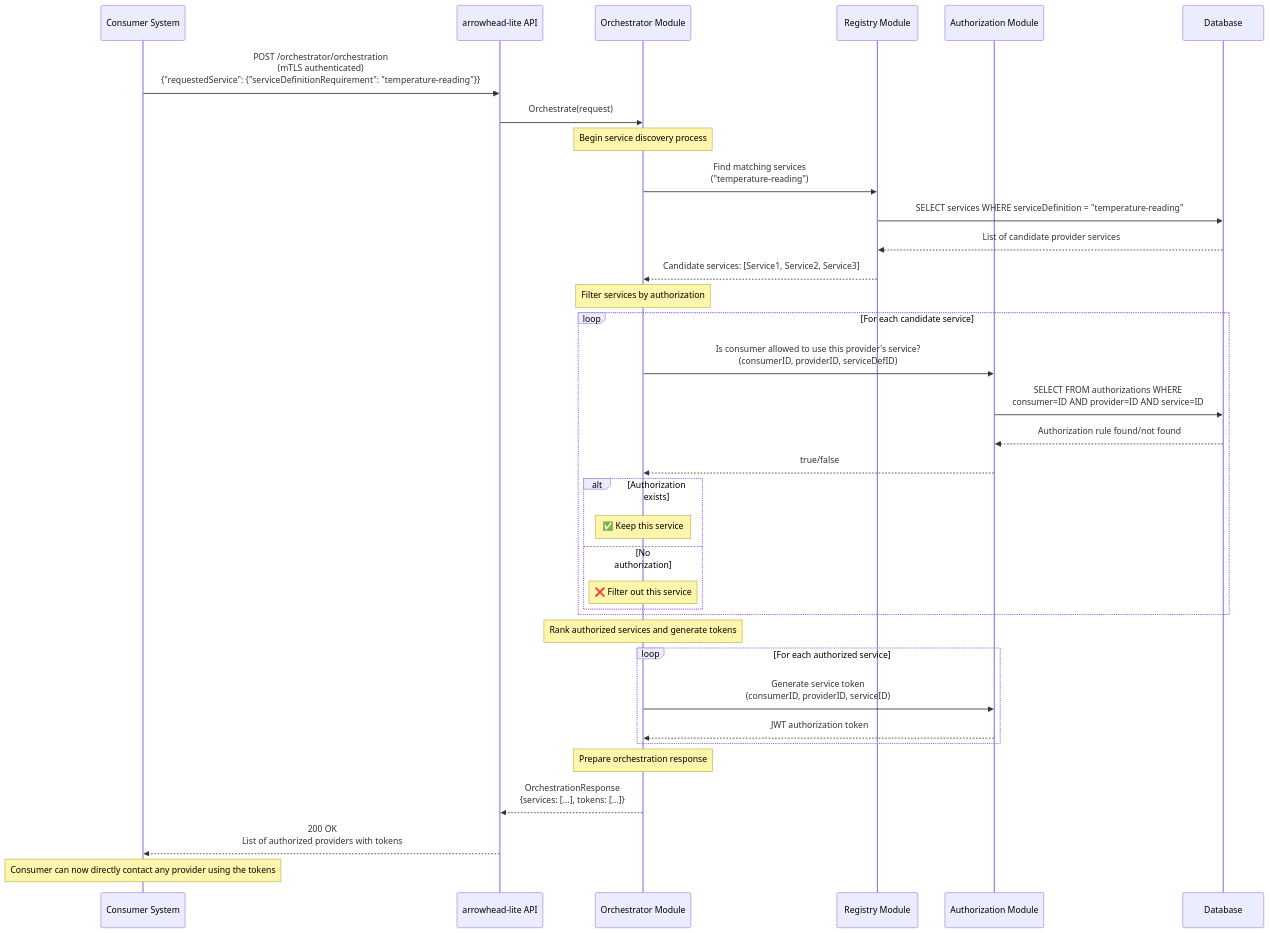
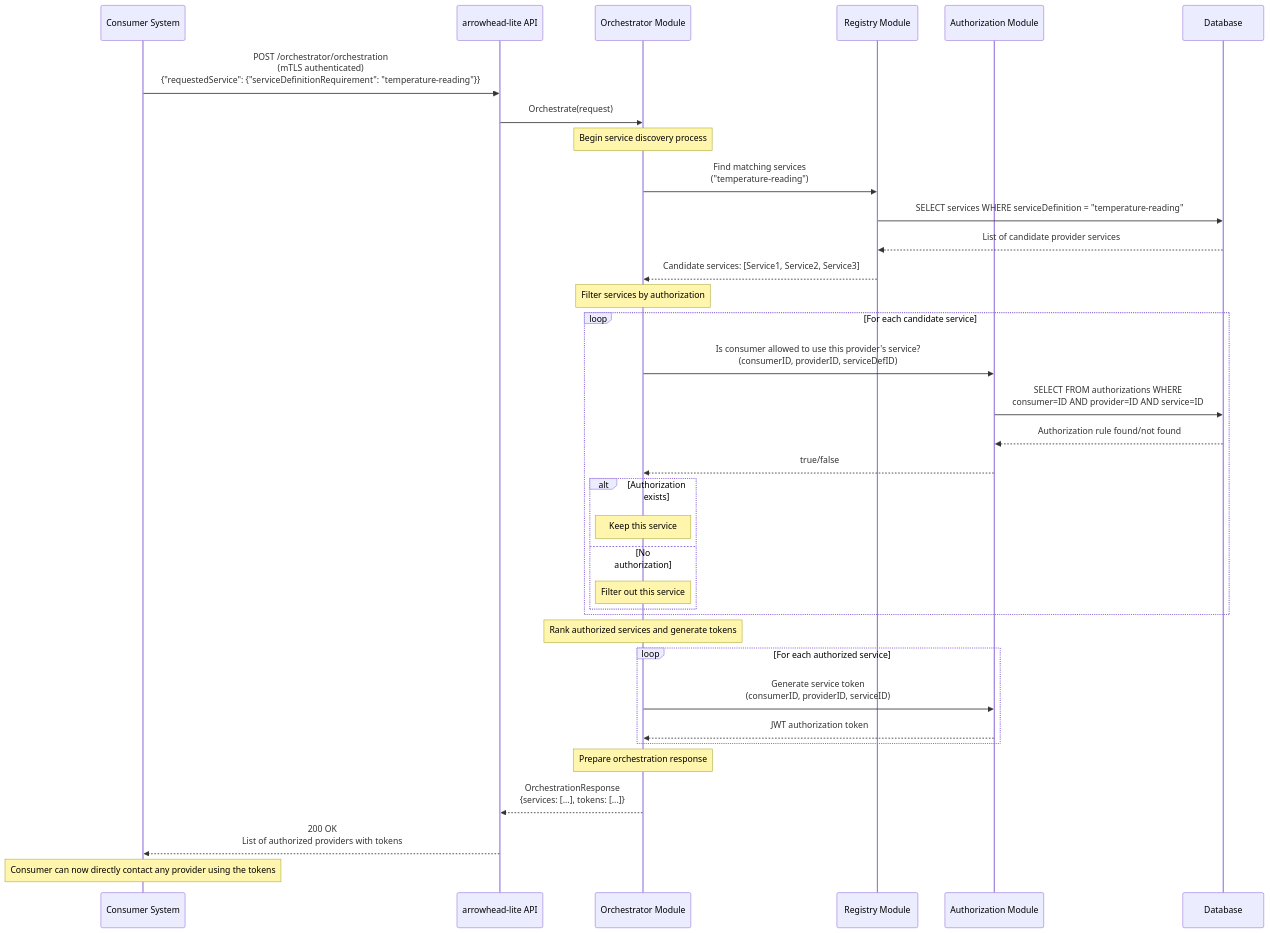
Before and after one commit to cluster1-arrowcolony/arrowhead-lite: the diagram in docs/diagrams/3-orchestration-flow.md, drawn with Mermaid. The commit also changed other lines of this file and 18 other files, not shown here.

````diff
--- a/docs/diagrams/3-orchestration-flow.md
+++ b/docs/diagrams/3-orchestration-flow.md
@@ -5,48 +5,48 @@
 ```mermaid
 sequenceDiagram
     participant Consumer as Consumer System
     participant API as arrowhead-lite API
     participant Orch as Orchestrator Module
     participant Registry as Registry Module
     participant Auth as Authorization Module
     participant DB as Database
 
     Consumer->>API: POST /orchestrator/orchestration<br/>(mTLS authenticated)<br/>{"requestedService": {"serviceDefinitionRequirement": "temperature-reading"}}
-    
+
     API->>Orch: Orchestrate(request)
     Note over Orch: Begin service discovery process
-    
+
     Orch->>Registry: Find matching services<br/>("temperature-reading")
     Registry->>DB: SELECT services WHERE serviceDefinition = "temperature-reading"
     DB-->>Registry: List of candidate provider services
     Registry-->>Orch: Candidate services: [Service1, Service2, Service3]
-    
+
     Note over Orch: Filter services by authorization
-    
+
     loop For each candidate service
         Orch->>Auth: Is consumer allowed to use this provider's service?<br/>(consumerID, providerID, serviceDefID)
         Auth->>DB: SELECT FROM authorizations WHERE<br/>consumer=ID AND provider=ID AND service=ID
         DB-->>Auth: Authorization rule found/not found
         Auth-->>Orch: true/false
-        
+
         alt Authorization exists
-            Note over Orch: ✅ Keep this service
+            Note over Orch:  Keep this service
         else No authorization
-            Note over Orch: ❌ Filter out this service
+            Note over Orch:  Filter out this service
         end
     end
-    
+
     Note over Orch: Rank authorized services and generate tokens
-    
+
     loop For each authorized service
         Orch->>Auth: Generate service token<br/>(consumerID, providerID, serviceID)
         Auth-->>Orch: JWT authorization token
     end
-    
+
     Note over Orch: Prepare orchestration response
-    
+
     Orch-->>API: OrchestrationResponse<br/>{services: [...], tokens: [...]}
     API-->>Consumer: 200 OK<br/>List of authorized providers with tokens
-    
+
     Note over Consumer: Consumer can now directly contact any provider using the tokens
 ```
````
